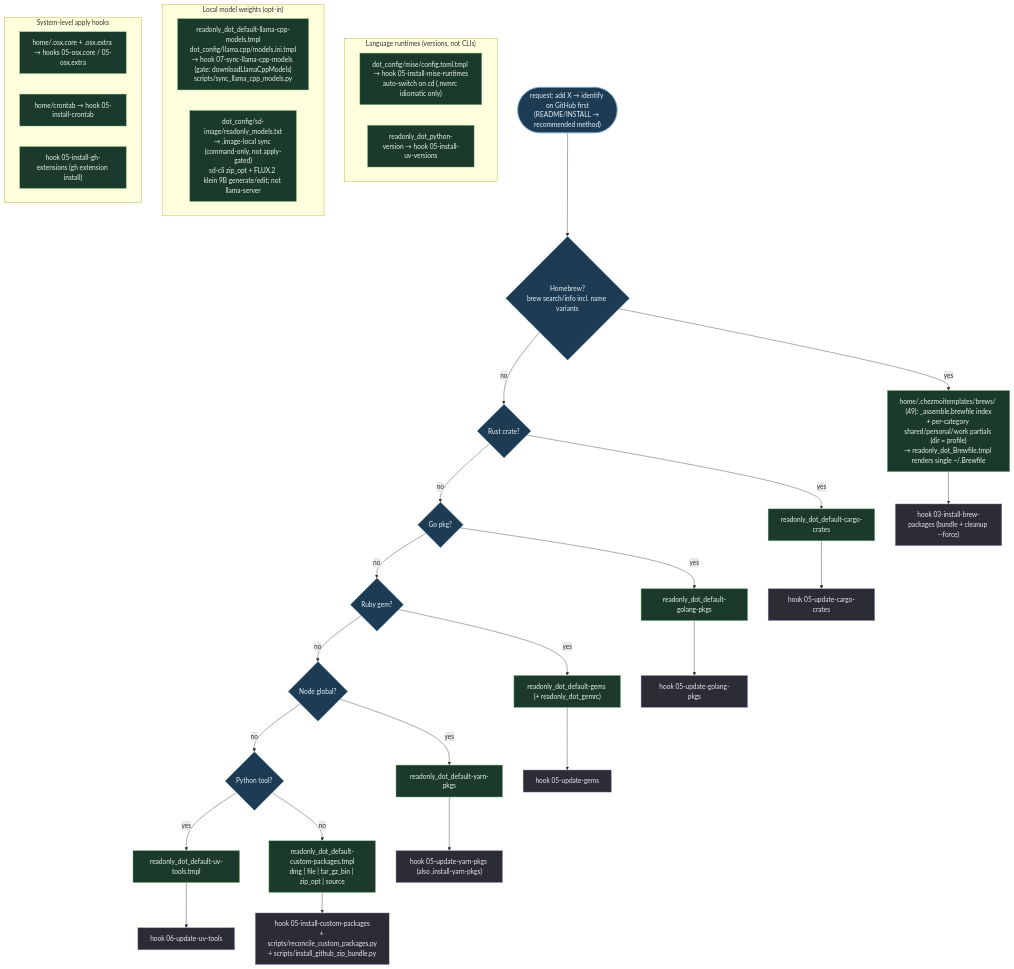
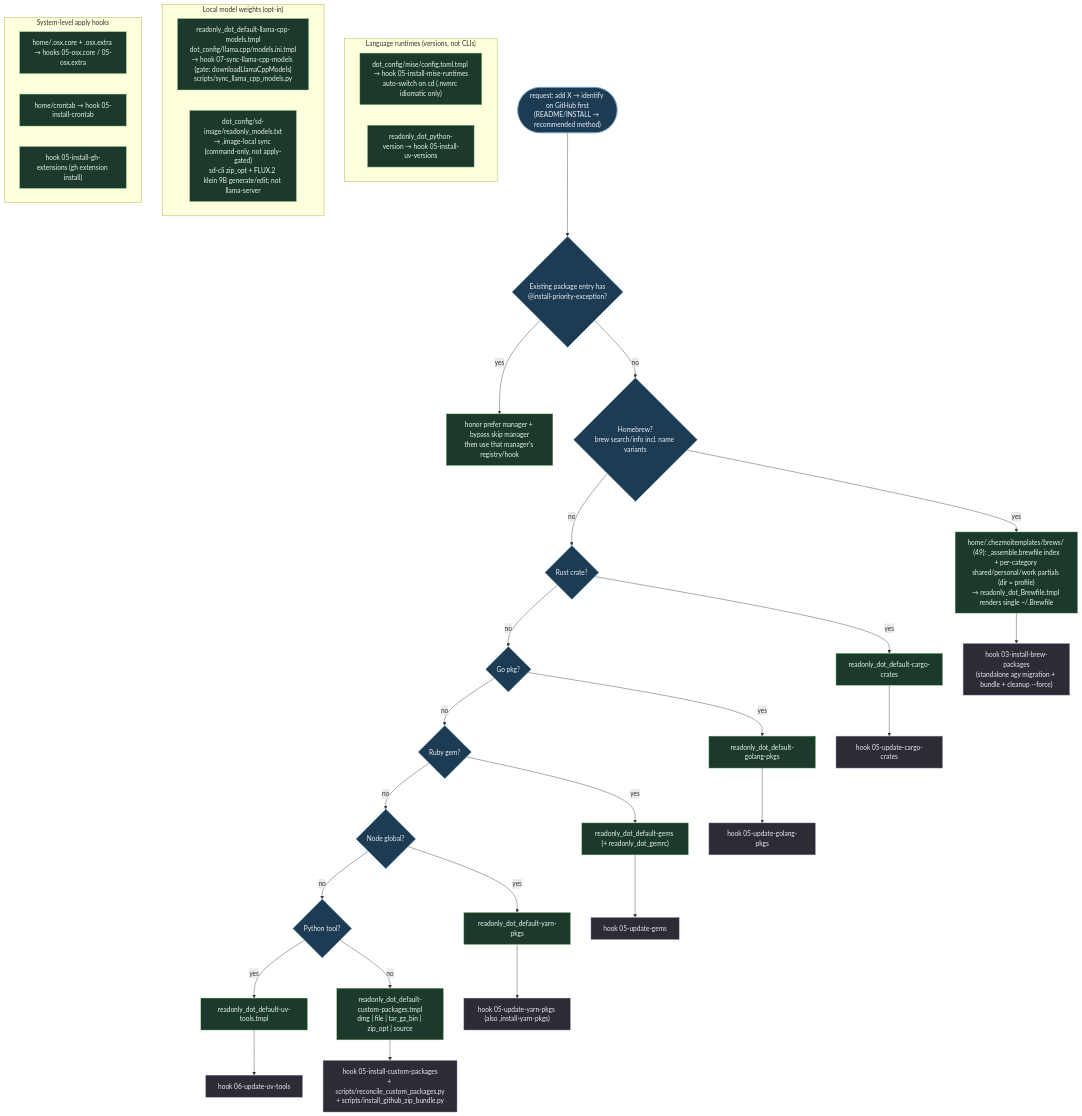
One commit to kapral18/dotfiles changed the diagram in .mermaids/02-package-management.mmd. Above: the diagram before and after it, drawn with Mermaid. The commit also changed 114 other files, not shown here.

```diff
--- a/.mermaids/02-package-management.mmd
+++ b/.mermaids/02-package-management.mmd
@@ -1,49 +1,52 @@
 %% ============================================================================
 %% 02-package-management.mmd — "add X" decision ladder + every declarative
-%% package list and its sync hook. Stop at first suitable match top-down.
+%% package list and its sync hook. Honor colocated priority exceptions, otherwise
+%% stop at the first suitable match top-down.
 %% Lists live at home/readonly_dot_default-* (deployed to ~/.default-*).
 %% ============================================================================
 flowchart TD
     classDef q fill:#1d3b53,stroke:#7fb3d5,color:#eaf2f8;
     classDef reg fill:#1b3a2b,stroke:#81c784,color:#e8f5e9;
     classDef hook fill:#2c2c34,stroke:#b39ddb,color:#f3e5f5;
 
     ADD(["request: add X → identify on GitHub first<br/>(README/INSTALL → recommended method)"]):::q
 
-    ADD --> BREW{"Homebrew?<br/>brew search/info incl. name variants"}:::q
+    ADD --> EXCEPTION{"Existing package entry has<br/>@install-priority-exception?"}:::q
+    EXCEPTION -- yes --> OVERRIDE["honor prefer manager + bypass skip manager<br/>then use that manager's registry/hook"]:::reg
+    EXCEPTION -- no --> BREW{"Homebrew?<br/>brew search/info incl. name variants"}:::q
     BREW -- yes --> BREWF["home/.chezmoitemplates/brews/ (49): _assemble.brewfile index<br/>+ per-category shared/personal/work partials (dir = profile)<br/>→ readonly_dot_Brewfile.tmpl renders single ~/.Brewfile"]:::reg
     BREW -- no --> CARGO{Rust crate?}:::q
     CARGO -- yes --> CARGOF["readonly_dot_default-cargo-crates"]:::reg
     CARGO -- no --> GO{Go pkg?}:::q
     GO -- yes --> GOF["readonly_dot_default-golang-pkgs"]:::reg
     GO -- no --> GEM{Ruby gem?}:::q
     GEM -- yes --> GEMF["readonly_dot_default-gems (+ readonly_dot_gemrc)"]:::reg
     GEM -- no --> YARN{Node global?}:::q
     YARN -- yes --> YARNF["readonly_dot_default-yarn-pkgs"]:::reg
     YARN -- no --> UV{Python tool?}:::q
     UV -- yes --> UVF["readonly_dot_default-uv-tools.tmpl"]:::reg
     UV -- no --> CUSTOM["readonly_dot_default-custom-packages.tmpl<br/>dmg | file | tar_gz_bin | zip_opt | source"]:::reg
 
-    BREWF --> H3["hook 03-install-brew-packages (bundle + cleanup --force)"]:::hook
+    BREWF --> H3["hook 03-install-brew-packages<br/>(standalone agy migration + bundle + cleanup --force)"]:::hook
     CARGOF --> H5c["hook 05-update-cargo-crates"]:::hook
     GOF --> H5g["hook 05-update-golang-pkgs"]:::hook
     GEMF --> H5r["hook 05-update-gems"]:::hook
     YARNF --> H5y["hook 05-update-yarn-pkgs (also ,install-yarn-pkgs)"]:::hook
     UVF --> H6["hook 06-update-uv-tools"]:::hook
     CUSTOM --> H5x["hook 05-install-custom-packages<br/>+ scripts/reconcile_custom_packages.py<br/>+ scripts/install_github_zip_bundle.py"]:::hook
 
     subgraph RUNTIMES["Language runtimes (versions, not CLIs)"]
         MISE["dot_config/mise/config.toml.tmpl → hook 05-install-mise-runtimes<br/>auto-switch on cd (.nvmrc idiomatic only)"]:::reg
         PYV["readonly_dot_python-version → hook 05-install-uv-versions"]:::reg
     end
 
     subgraph LOCALAI["Local model weights (opt-in)"]
         LLAMA["readonly_dot_default-llama-cpp-models.tmpl<br/>dot_config/llama.cpp/models.ini.tmpl<br/>→ hook 07-sync-llama-cpp-models (gate: downloadLlamaCppModels)<br/>scripts/sync_llama_cpp_models.py"]:::reg
         SDIMAGE["dot_config/sd-image/readonly_models.txt<br/>→ ,image-local sync (command-only, not apply-gated)<br/>sd-cli zip_opt + FLUX.2 klein 9B generate/edit; not llama-server"]:::reg
     end
 
     subgraph SYSTEM["System-level apply hooks"]
         OSX["home/.osx.core + .osx.extra → hooks 05-osx.core / 05-osx.extra"]:::reg
         CRON["home/crontab → hook 05-install-crontab"]:::reg
         GHEXT["hook 05-install-gh-extensions (gh extension install)"]:::reg
     end
```
